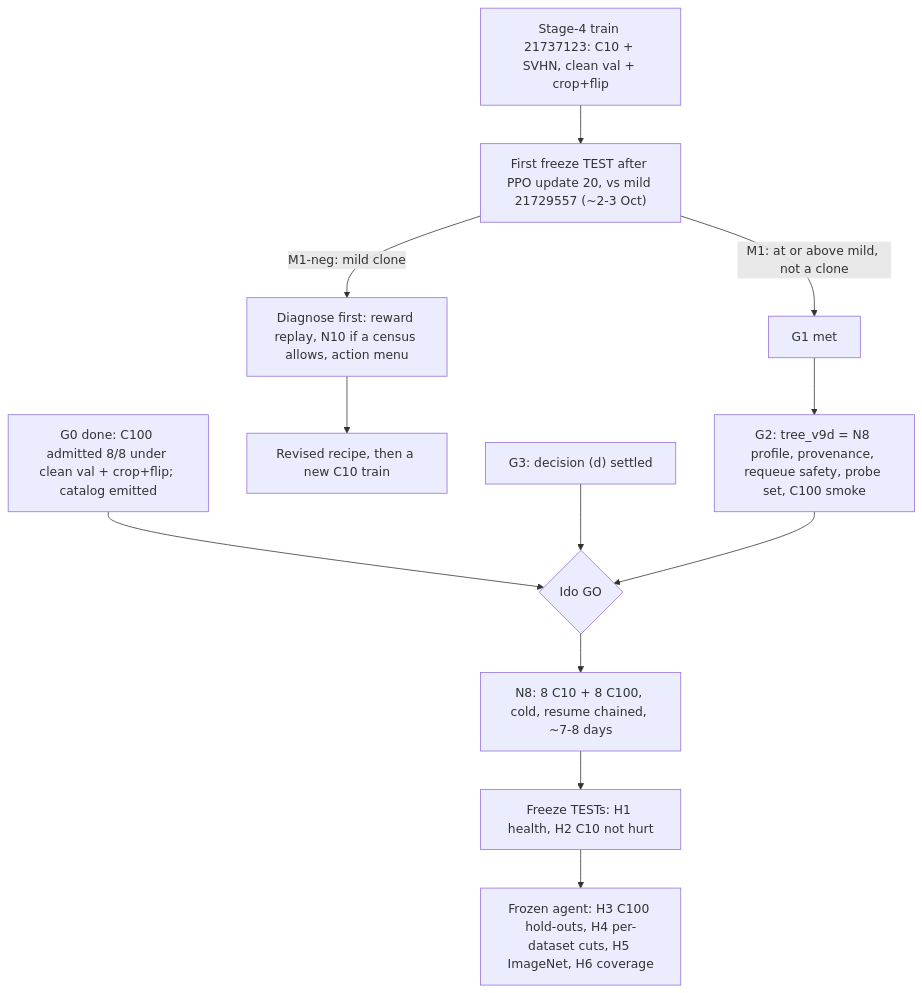
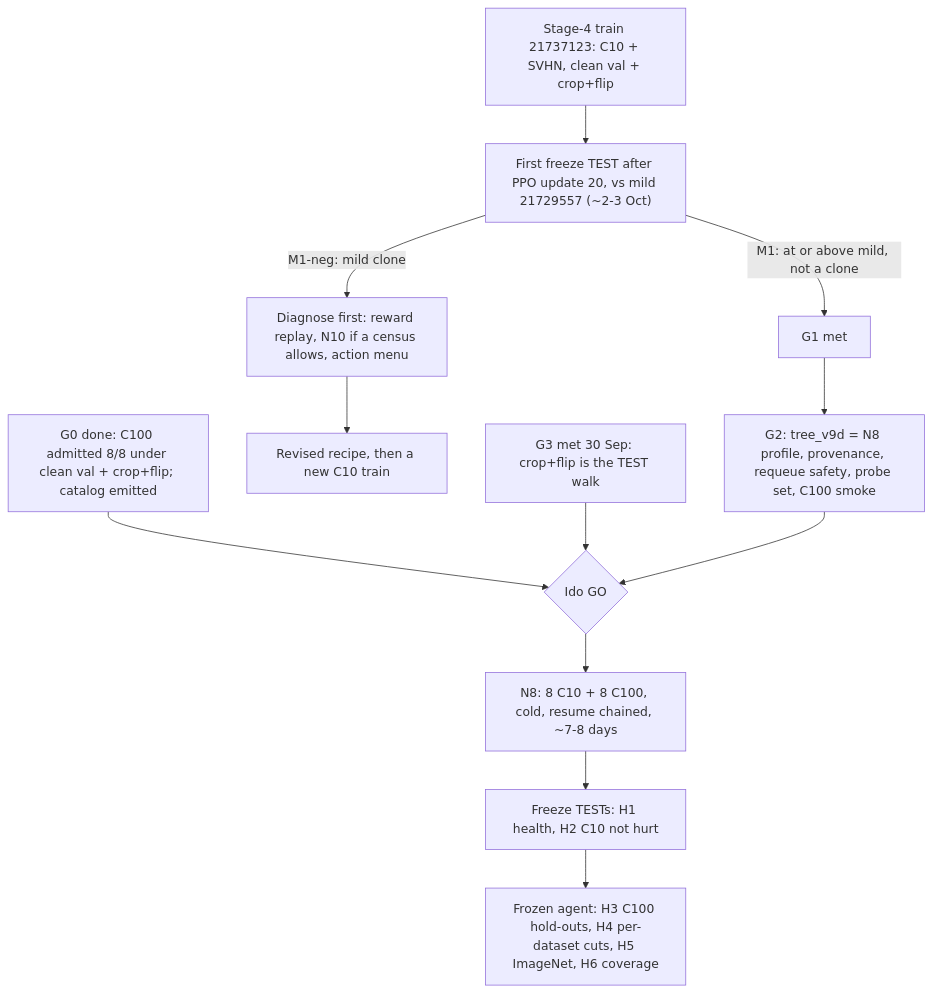
One commit to IdoParetsky/SPECTRA-CompressionAgent changed the diagram in docs/N8_DIVERSE_TRAIN_ROADMAP.md. Above: the diagram before and after it, drawn with Mermaid.

Commit message:
N8 roadmap: G3 node met

````diff
--- a/docs/N8_DIVERSE_TRAIN_ROADMAP.md
+++ b/docs/N8_DIVERSE_TRAIN_ROADMAP.md
@@ -83,15 +83,15 @@
 ```mermaid
 flowchart TD
   G0["G0 done: C100 admitted 8/8 under clean val + crop+flip; catalog emitted"]
   S4["Stage-4 train 21737123: C10 + SVHN, clean val + crop+flip"] --> T1["First freeze TEST after PPO update 20, vs mild 21729557 (~2-3 Oct)"]
   T1 -->|"M1: at or above mild, not a clone"| G1["G1 met"]
   T1 -->|"M1-neg: mild clone"| D["Diagnose first: reward replay, N10 if a census allows, action menu"]
   D --> S4b["Revised recipe, then a new C10 train"]
   G0 --> GO
   G1 --> G2["G2: tree_v9d = N8 profile, provenance, requeue safety, probe set, C100 smoke"]
-  G3["G3: decision (d) settled"] --> GO
+  G3["G3 met 30 Sep: crop+flip is the TEST walk"] --> GO
   G2 --> GO{"Ido GO"}
   GO --> N8["N8: 8 C10 + 8 C100, cold, resume chained, ~7-8 days"]
   N8 --> R1["Freeze TESTs: H1 health, H2 C10 not hurt"]
   R1 --> R2["Frozen agent: H3 C100 hold-outs, H4 per-dataset cuts, H5 ImageNet, H6 coverage"]
 ```
````
